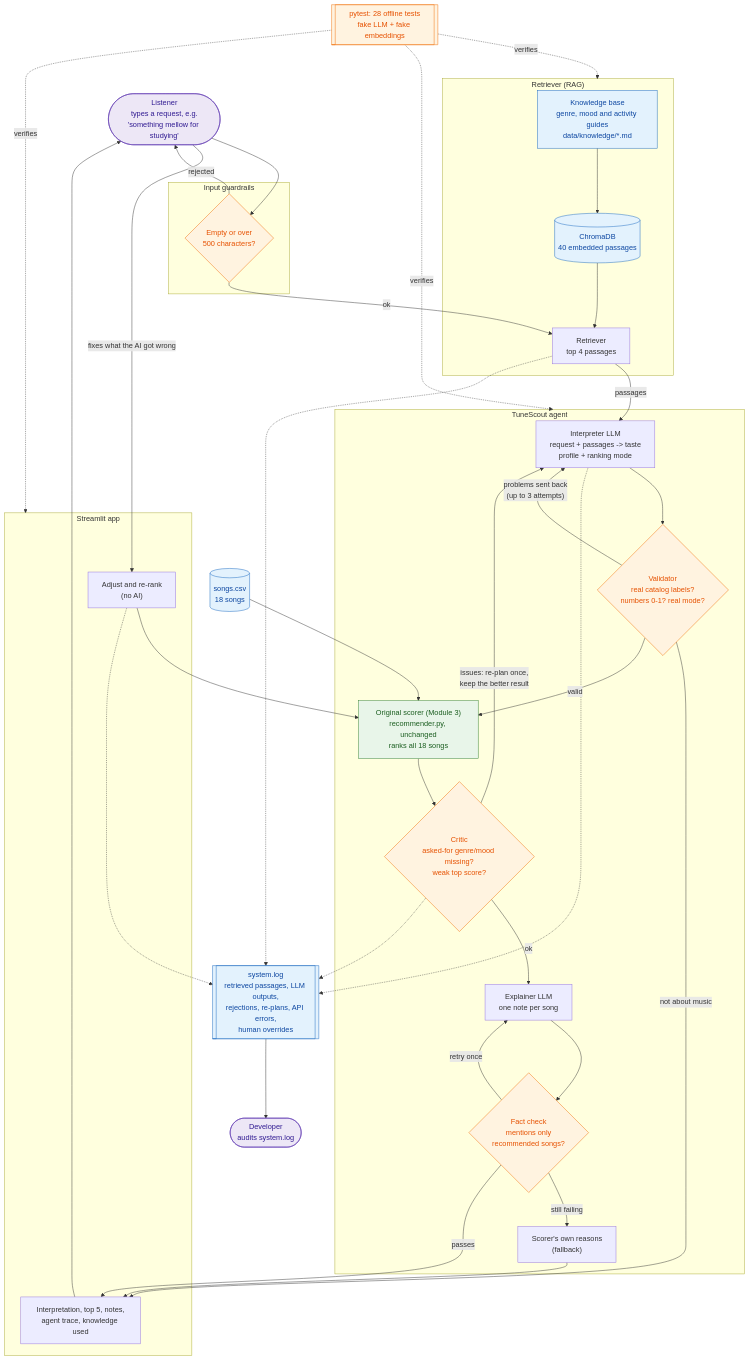
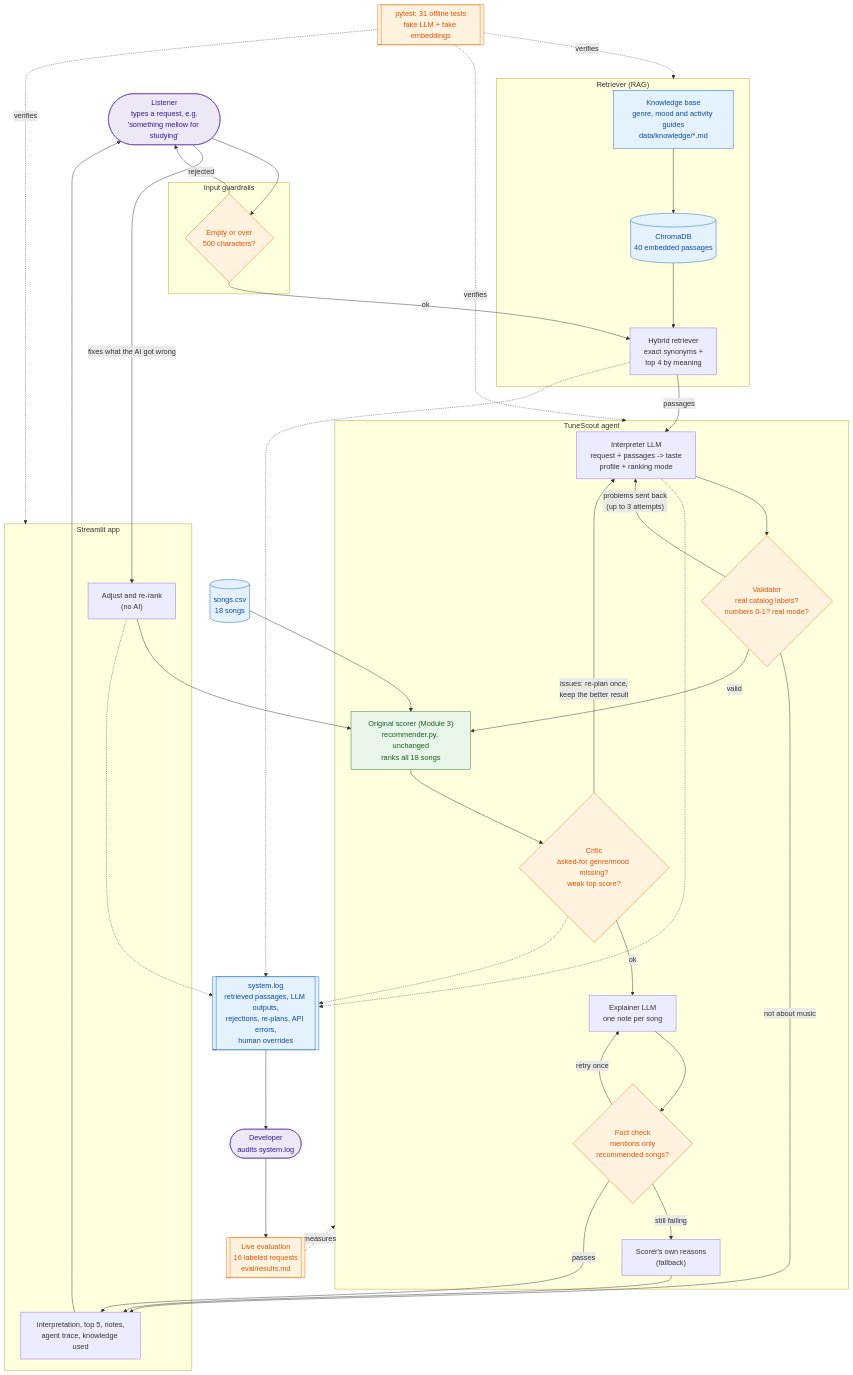
Before and after one commit to difeanyi/applied-ai-system-project: the diagram in diagrams/architecture.mmd, drawn with Mermaid. The commit also changed 2 other files, not shown here.

Commit message:
feat: Enhance README and architecture diagrams with hybrid retrieval details and add model card for TuneScout AI

```diff
--- a/diagrams/architecture.mmd
+++ b/diagrams/architecture.mmd
@@ -1,77 +1,80 @@
 %% TuneScout AI: system architecture
 %% Extends the Module 3 Music Recommender Simulation (TuneScout 1.0).
 %% Flow: plain-language request -> RAG -> agent (interpret, validate, rank, critique, explain) -> UI
 %% Dashed arrows = logging and testing. Purple = humans. Orange = automated checks (evaluators).
 
 flowchart TD
     User(["Listener<br/>types a request, e.g.<br/>'something mellow for studying'"])
 
     subgraph INPUT["Input guardrails"]
         Guard{"Empty or over<br/>500 characters?"}
     end
 
     subgraph RAG["Retriever (RAG)"]
         KB["Knowledge base<br/>genre, mood and activity guides<br/>data/knowledge/*.md"]
         Chroma[("ChromaDB<br/>40 embedded passages")]
-        Retriever["Retriever<br/>top 4 passages"]
+        Retriever["Hybrid retriever<br/>exact synonyms +<br/>top 4 by meaning"]
     end
 
     subgraph AGENT["TuneScout agent"]
         Interpret["Interpreter LLM<br/>request + passages -> taste<br/>profile + ranking mode"]
         Validate{"Validator<br/>real catalog labels?<br/>numbers 0-1? real mode?"}
         Scorer["Original scorer (Module 3)<br/>recommender.py, unchanged<br/>ranks all 18 songs"]
         Critic{"Critic<br/>asked-for genre/mood missing?<br/>weak top score?"}
         Explain["Explainer LLM<br/>one note per song"]
         FactCheck{"Fact check<br/>mentions only<br/>recommended songs?"}
         Fallback["Scorer's own reasons<br/>(fallback)"]
     end
 
     Catalog[("songs.csv<br/>18 songs")]
 
     subgraph UI["Streamlit app"]
         Results["Interpretation, top 5, notes,<br/>agent trace, knowledge used"]
         Adjust["Adjust and re-rank<br/>(no AI)"]
     end
 
     Log[["system.log<br/>retrieved passages, LLM outputs,<br/>rejections, re-plans, API errors,<br/>human overrides"]]
     Dev(["Developer<br/>audits system.log"])
-    Tests[["pytest: 28 offline tests<br/>fake LLM + fake embeddings"]]
+    Eval[["Live evaluation<br/>16 labeled requests<br/>eval/results.md"]]
+    Tests[["pytest: 31 offline tests<br/>fake LLM + fake embeddings"]]
 
     User --> Guard
     Guard -- "rejected" --> User
     Guard -- ok --> Retriever
     KB --> Chroma --> Retriever
     Retriever -- "passages" --> Interpret
     Interpret --> Validate
     Validate -- "problems sent back<br/>(up to 3 attempts)" --> Interpret
     Validate -- "not about music" --> Results
     Validate -- valid --> Scorer
     Catalog --> Scorer
     Scorer --> Critic
     Critic -- "issues: re-plan once,<br/>keep the better result" --> Interpret
     Critic -- ok --> Explain
     Explain --> FactCheck
     FactCheck -- "retry once" --> Explain
     FactCheck -- "still failing" --> Fallback --> Results
     FactCheck -- passes --> Results
     Results --> User
     User -- "fixes what the AI got wrong" --> Adjust
     Adjust --> Scorer
 
     Retriever -.-> Log
     Interpret -.-> Log
     Critic -.-> Log
     Adjust -.-> Log
     Log --> Dev
     Tests -. "verifies" .-> RAG
     Tests -. "verifies" .-> AGENT
     Tests -. "verifies" .-> UI
+    Eval -. "measures" .-> AGENT
+    Dev --> Eval
 
     classDef human fill:#ede7f6,stroke:#5e35b1,color:#311b92
     classDef check fill:#fff3e0,stroke:#ef6c00,color:#e65100
     classDef store fill:#e3f2fd,stroke:#1565c0,color:#0d47a1
     classDef original fill:#e8f5e9,stroke:#2e7d32,color:#1b5e20
     class User,Dev human
-    class Guard,Validate,Critic,FactCheck,Tests check
+    class Guard,Validate,Critic,FactCheck,Tests,Eval check
     class Chroma,Catalog,Log,KB store
     class Scorer original
```
